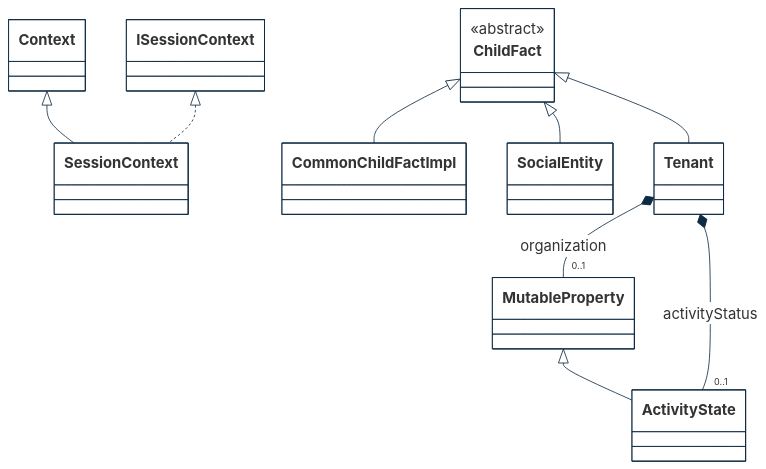
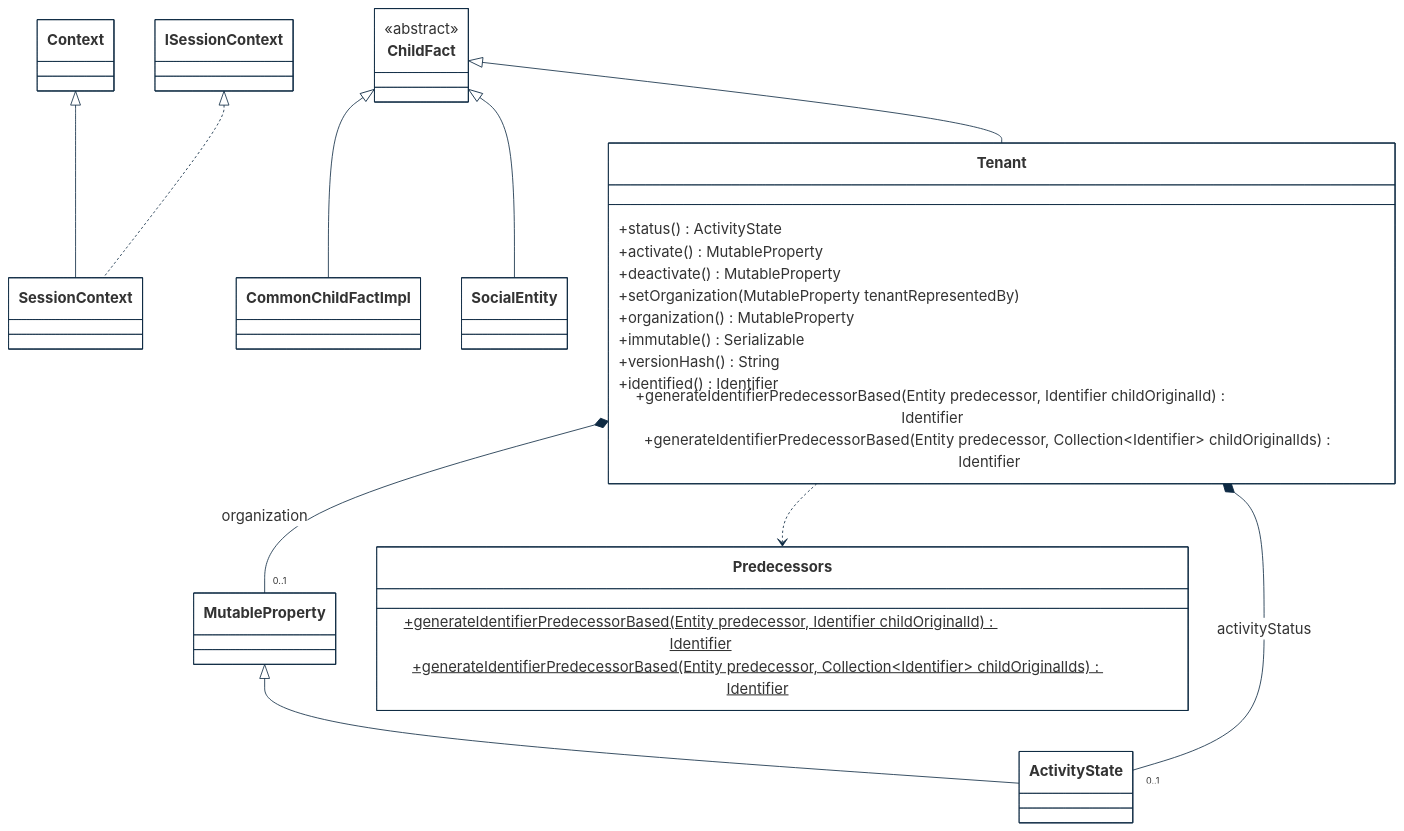
Before and after one commit to cybnity/foundation: the third of 7 diagrams in implementations-line/framework/domain/designview-packages.md, drawn with Mermaid.

````diff
--- a/implementations-line/framework/domain/designview-packages.md
+++ b/implementations-line/framework/domain/designview-packages.md
@@ -105,35 +105,50 @@
 ```mermaid
 %%{
   init: {
     'theme': 'base',
     'themeVariables': {
         'background': '#ffffff',
         'fontFamily': 'arial',
         'fontSize': '18px',
         'primaryColor': '#fff',
         'primaryBorderColor': '#0e2a43',
         'secondaryBorderColor': '#0e2a43',
         'tertiaryBorderColor': '#0e2a43',
         'edgeLabelBackground':'#0e2a43',
         'lineColor': '#0e2a43',
         'tertiaryColor': '#fff'
     }
   }
 }%%
 classDiagram
     Context <|-- SessionContext
     ISessionContext <|.. SessionContext
     ChildFact <|-- CommonChildFactImpl
     ChildFact <|-- SocialEntity
     ChildFact <|-- Tenant
     MutableProperty <|-- ActivityState
     Tenant *-- "0..1" MutableProperty : organization
     Tenant *-- "0..1" ActivityState : activityStatus
+    Tenant ..> Predecessors
 
     class ChildFact {
         <<abstract>>
     }
+    class Predecessors {
+        +generateIdentifierPredecessorBased(Entity predecessor, Identifier childOriginalId)$ Identifier
+        +generateIdentifierPredecessorBased(Entity predecessor, Collection~Identifier~ childOriginalIds)$ Identifier
+    }
     class Tenant {
+        +status() ActivityState
+        +activate() MutableProperty
+        +deactivate() MutableProperty
+        +setOrganization(MutableProperty tenantRepresentedBy)
+        +organization() MutableProperty
+        +immutable() Serializable
+        +versionHash() String
+        +identified() Identifier
+        +generateIdentifierPredecessorBased(Entity predecessor, Identifier childOriginalId) Identifier
+        +generateIdentifierPredecessorBased(Entity predecessor, Collection~Identifier~ childOriginalIds) Identifier
     }
 
 ```
````
